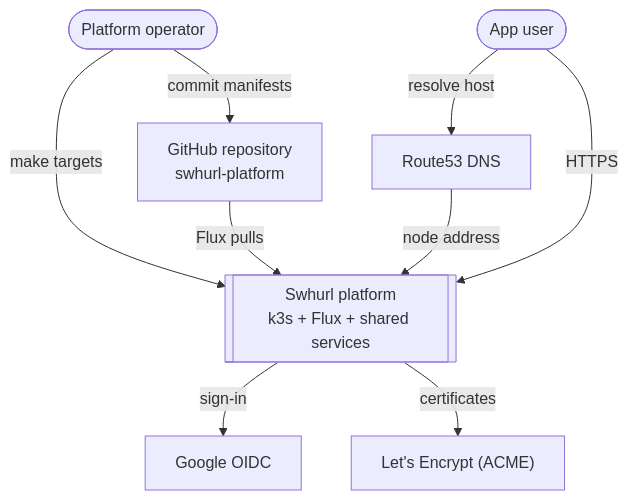
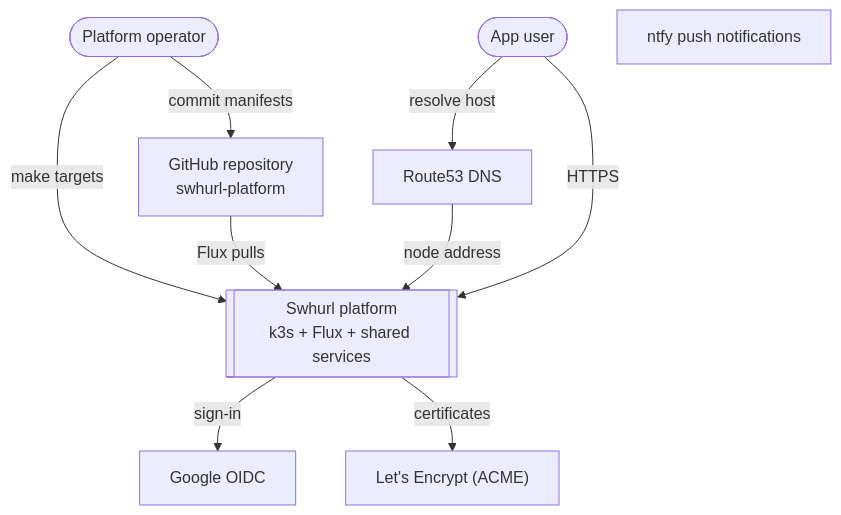
One commit to samclement/swhurl-platform changed the third of 5 diagrams in docs/architecture.md. Above: the diagram before and after it, drawn with Mermaid. The commit also changed other lines of this file and 35 other files, not shown here.

````diff
--- a/docs/architecture.md
+++ b/docs/architecture.md
@@ -141,19 +141,20 @@
 ```mermaid
 flowchart TB
   operator([Platform operator])
   user([App user])
   github[GitHub repository<br/>swhurl-platform]
   route53[Route53 DNS]
   google[Google OIDC]
   le["Let's Encrypt (ACME)"]
+  ntfy[ntfy push notifications]
   platform[[Swhurl platform<br/>k3s + Flux + shared services]]
 
   operator -- commit manifests --> github
   operator -- make targets --> platform
   github -- Flux pulls --> platform
   user -- resolve host --> route53
   route53 -- node address --> platform
   user -- HTTPS --> platform
   platform -- sign-in --> google
   platform -- certificates --> le
 ```
````
